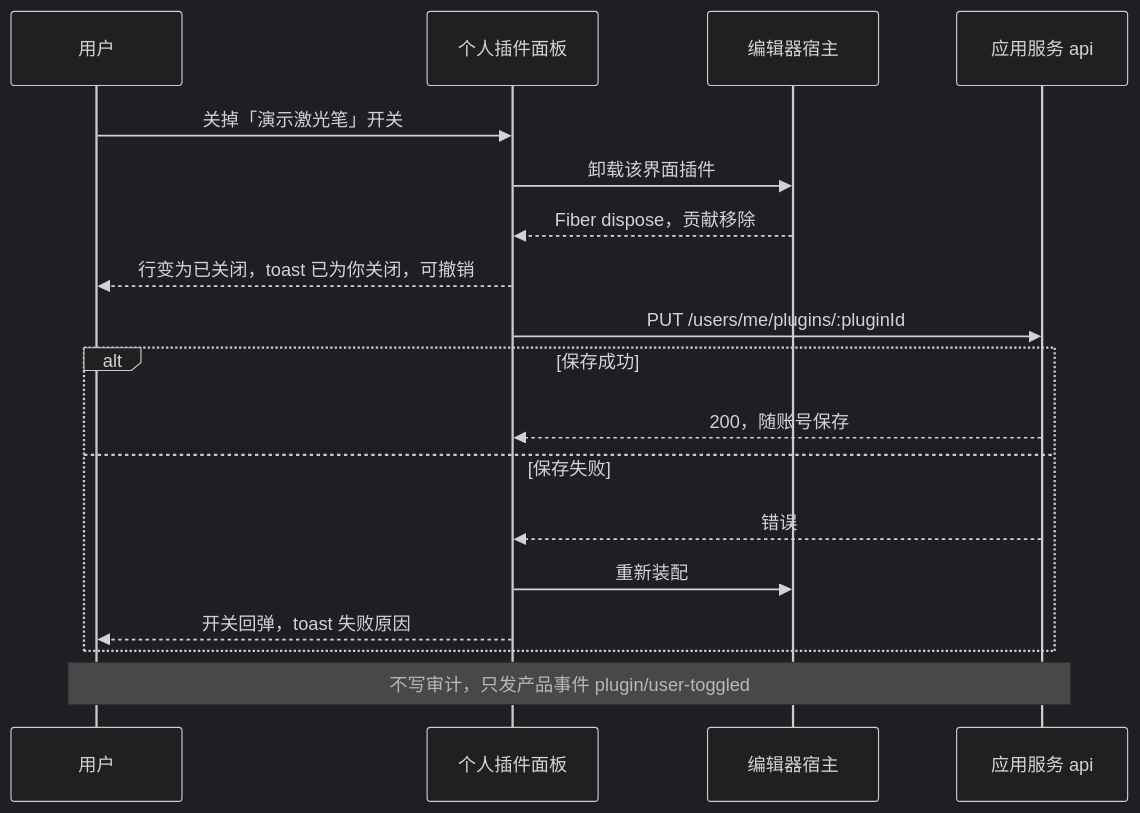
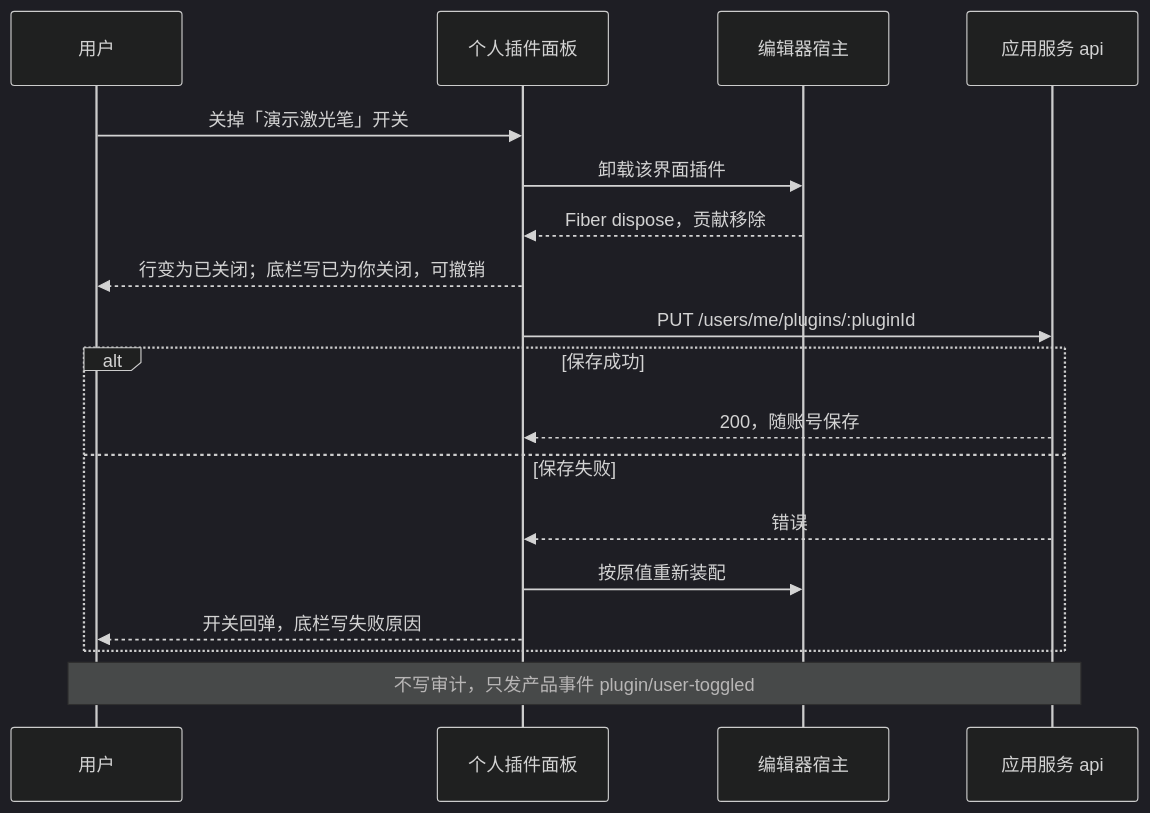
Before and after one commit to Xeonice/cordis-ppt-editor: the third of 4 diagrams in docs/20-design/03-screens/09-plugin-manager.md, drawn with Mermaid (dark theme). The commit also changed other lines of this file and 44 other files, not shown here.

````diff
--- a/docs/20-design/03-screens/09-plugin-manager.md
+++ b/docs/20-design/03-screens/09-plugin-manager.md
@@ -269,20 +279,20 @@
 ```mermaid
 sequenceDiagram
   participant u as 用户
   participant p as 个人插件面板
   participant h as 编辑器宿主
   participant api as 应用服务 api
   u->>p: 关掉「演示激光笔」开关
   p->>h: 卸载该界面插件
   h-->>p: Fiber dispose，贡献移除
-  p-->>u: 行变为已关闭，toast 已为你关闭，可撤销
+  p-->>u: 行变为已关闭；底栏写已为你关闭，可撤销
   p->>api: PUT /users/me/plugins/:pluginId
   alt 保存成功
     api-->>p: 200，随账号保存
   else 保存失败
     api-->>p: 错误
-    p->>h: 重新装配
-    p-->>u: 开关回弹，toast 失败原因
+    p->>h: 按原值重新装配
+    p-->>u: 开关回弹，底栏写失败原因
   end
   Note over u,api: 不写审计，只发产品事件 plugin/user-toggled
 ```
````
